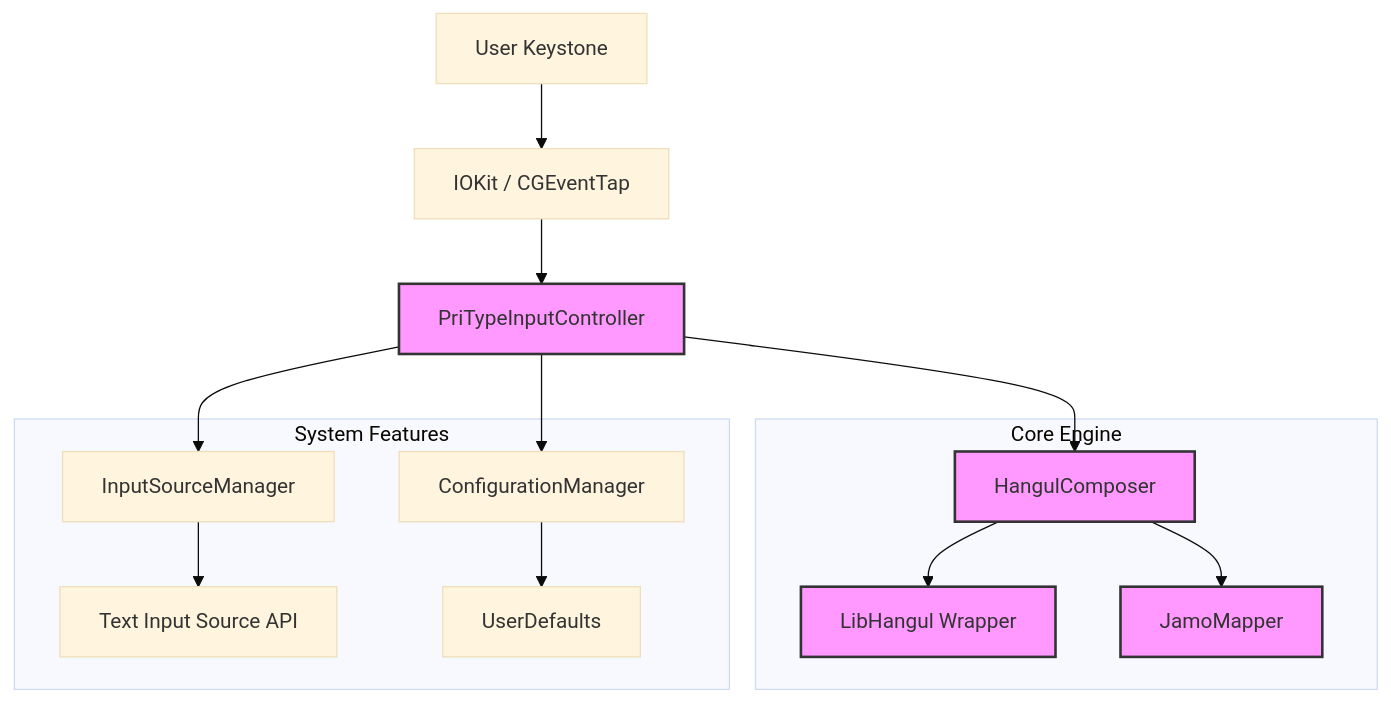
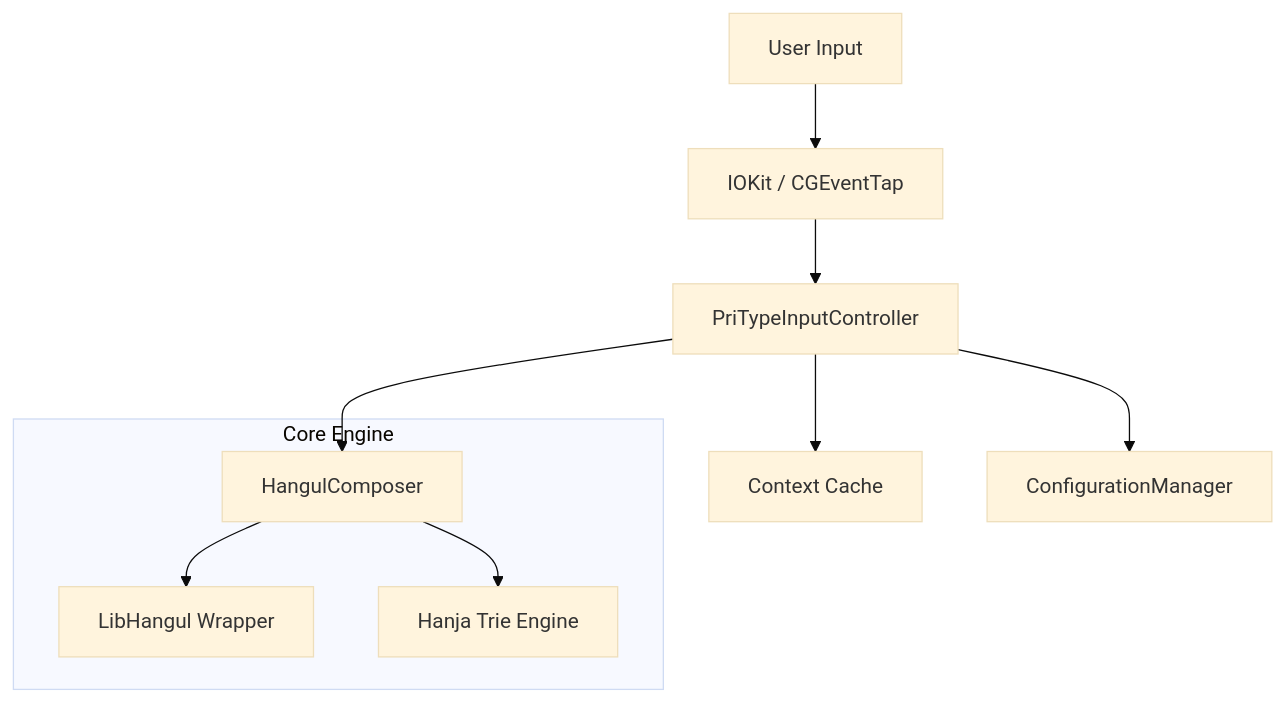
The diagram in README.md (Meapri/PriType-Swift), drawn with Mermaid (base theme) before and after one commit. The commit also changed other lines of this file, not shown here.

Commit message:
docs: update README with technical details on performance and context detection

````diff
--- a/README.md
+++ b/README.md
@@ -39,21 +37,13 @@
 ```mermaid
 graph TD
-    User[User Keystone] --> IOK[IOKit / CGEventTap]
+    User[User Input] --> IOK[IOKit / CGEventTap]
     IOK --> IPC[PriTypeInputController]
-    IPC --> ISM[InputSourceManager]
+    IPC --> Cache[Context Cache]
     IPC --> CM[ConfigurationManager]
     IPC --> HC[HangulComposer]
     
     subgraph Core Engine
     HC --> LH[LibHangul Wrapper]
-    HC --> JM[JamoMapper]
+    HC --> Trie[Hanja Trie Engine]
     end
-    
-    subgraph System Features
-    ISM --> TIS[Text Input Source API]
-    CM --> UD[UserDefaults]
-    end
-
-    classDef core fill:#f9f,stroke:#333,stroke-width:2px;
-    class IPC,HC,LH,JM core;
 ```
````
